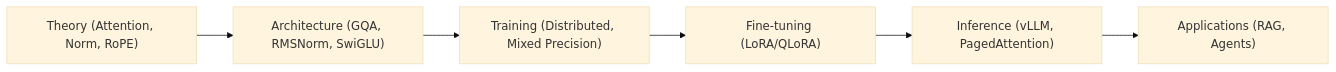
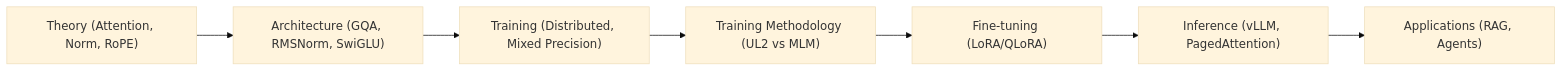
Before and after one commit to Mr-Yoje/llm_interview_note: diagram 11 of 11 in .qoder/repowiki/en/content/Interview Preparation.md, drawn with Mermaid (base theme). The commit also changed other lines of this file and 2 other files, not shown here.

````diff
--- a/.qoder/repowiki/en/content/Interview Preparation.md
+++ b/.qoder/repowiki/en/content/Interview Preparation.md
@@ -360,8 +444,9 @@
 ```mermaid
 graph LR
 Theory["Theory (Attention, Norm, RoPE)"] --> Arch["Architecture (GQA, RMSNorm, SwiGLU)"]
 Arch --> Train["Training (Distributed, Mixed Precision)"]
-Train --> FT["Fine-tuning (LoRA/QLoRA)"]
+Train --> TM["Training Methodology (UL2 vs MLM)"]
+TM --> FT["Fine-tuning (LoRA/QLoRA)"]
 FT --> Infer["Inference (vLLM, PagedAttention)"]
 Infer --> Apps["Applications (RAG, Agents)"]
 ```
````
